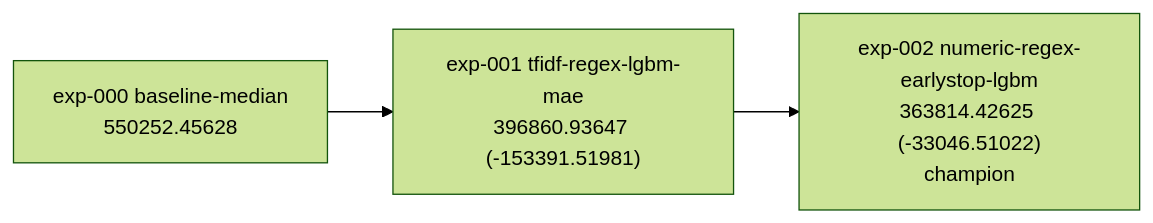
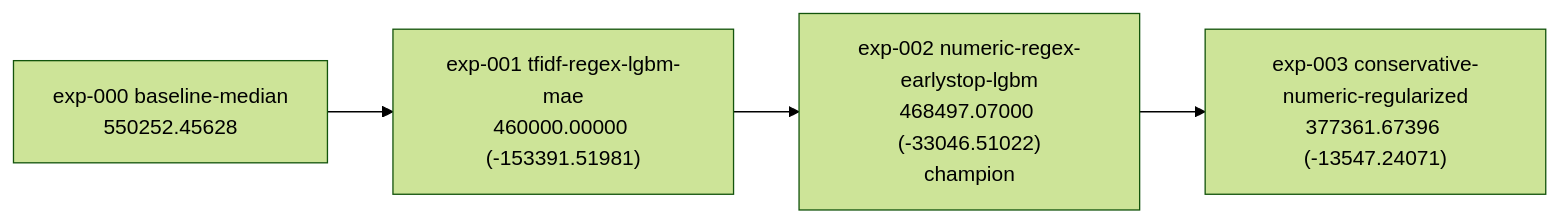
One commit to frederick-allensius/hology changed the diagram in EXPERIMENTS.md. Above: the diagram before and after it, drawn with Mermaid (forest theme). The commit also changed other lines of this file and 11 other files, not shown here.

````diff
--- a/EXPERIMENTS.md
+++ b/EXPERIMENTS.md
@@ -13,8 +13,10 @@
 ```mermaid
 graph LR
   exp000["exp-000 baseline-median<br/>550252.45628"]
-  exp001["exp-001 tfidf-regex-lgbm-mae<br/>396860.93647 (-153391.51981)"]
-  exp002["exp-002 numeric-regex-earlystop-lgbm<br/>363814.42625 (-33046.51022)<br/>champion"]
+  exp001["exp-001 tfidf-regex-lgbm-mae<br/>460000.00000 (-153391.51981)"]
+  exp002["exp-002 numeric-regex-earlystop-lgbm<br/>468497.07000 (-33046.51022)<br/>champion"]
+  exp003["exp-003 conservative-numeric-regularized<br/>377361.67396 (-13547.24071)"]
   exp000 --> exp001
   exp001 --> exp002
+  exp002 --> exp003
 ```
````
